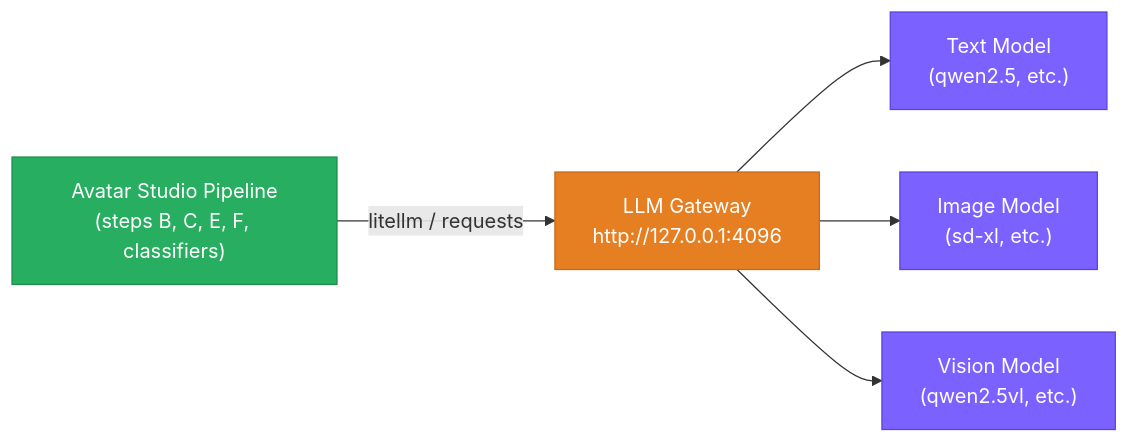
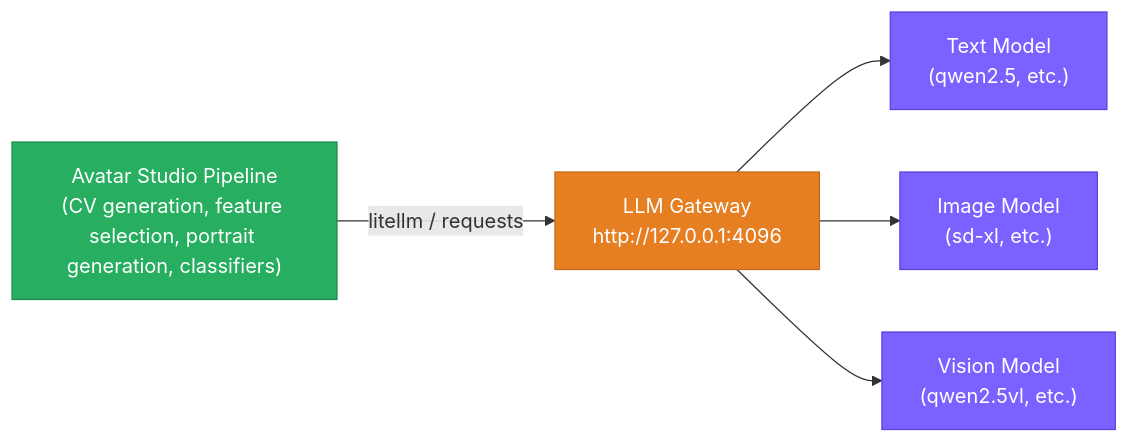
The first of 2 diagrams in docs/software/sw_integrations.md (E-Brons/avatar-studio), drawn with Mermaid before and after one commit. The commit also changed other lines of this file and 35 other files, not shown here.

````diff
--- a/docs/software/sw_integrations.md
+++ b/docs/software/sw_integrations.md
@@ -15,17 +15,17 @@
 ```mermaid
 graph LR
     classDef pipeline fill:#27AE60,color:#fff,stroke:#1E8C4E
     classDef gateway fill:#E67E22,color:#fff,stroke:#C46A1A
     classDef model fill:#7B61FF,color:#fff,stroke:#5B41DF
 
-    Pipeline["Avatar Studio Pipeline<br/>(steps B, C, E, F, classifiers)"]:::pipeline
+    Pipeline["Avatar Studio Pipeline<br/>(CV generation, feature selection, portrait generation, classifiers)"]:::pipeline
     Gateway["LLM Gateway<br/>http://127.0.0.1:4096"]:::gateway
     Text["Text Model<br/>(qwen2.5, etc.)"]:::model
     Image["Image Model<br/>(sd-xl, etc.)"]:::model
     Vision["Vision Model<br/>(qwen2.5vl, etc.)"]:::model
 
     Pipeline -->|litellm / requests| Gateway
     Gateway --> Text
     Gateway --> Image
     Gateway --> Vision
 ```
````
